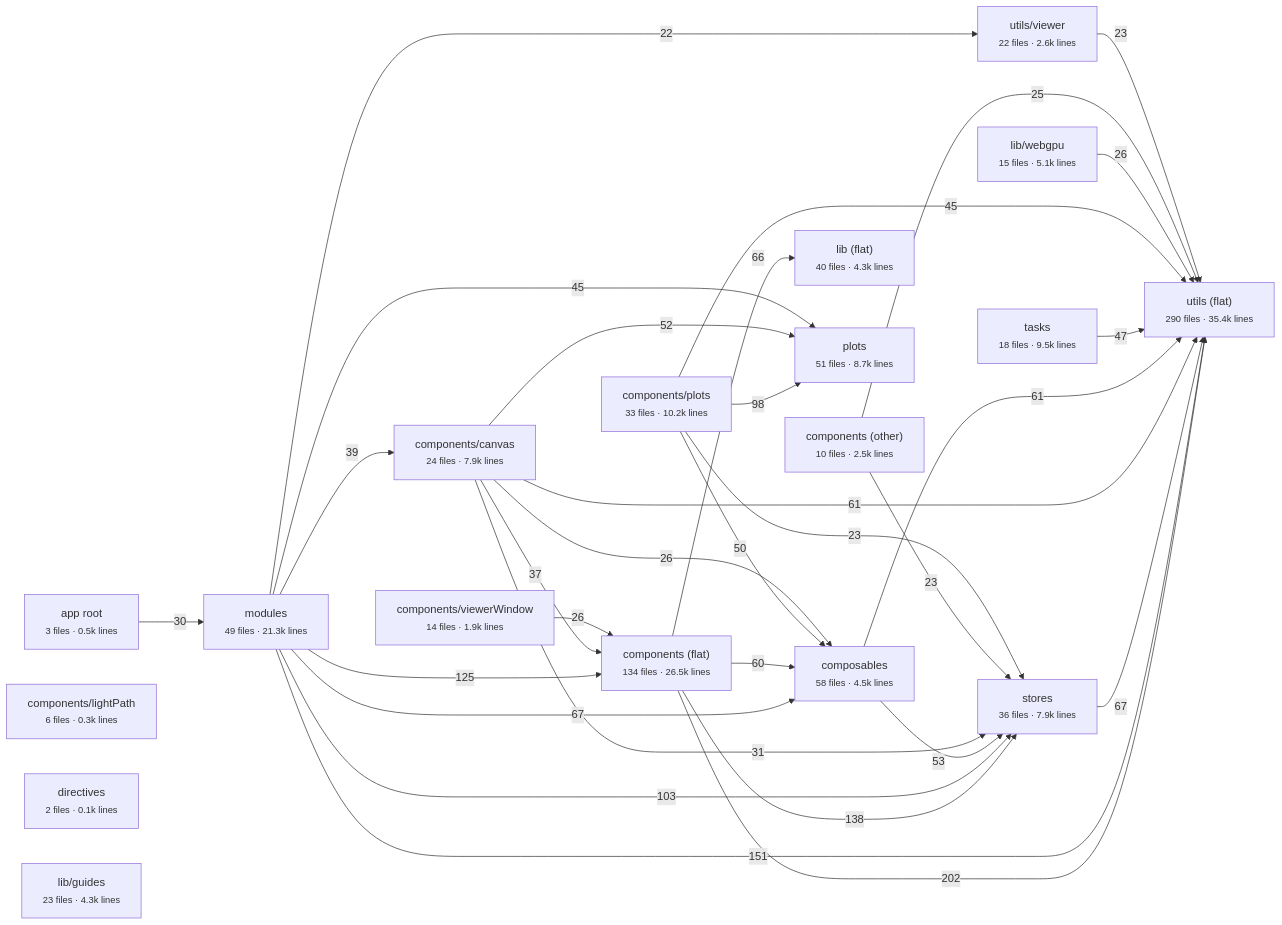
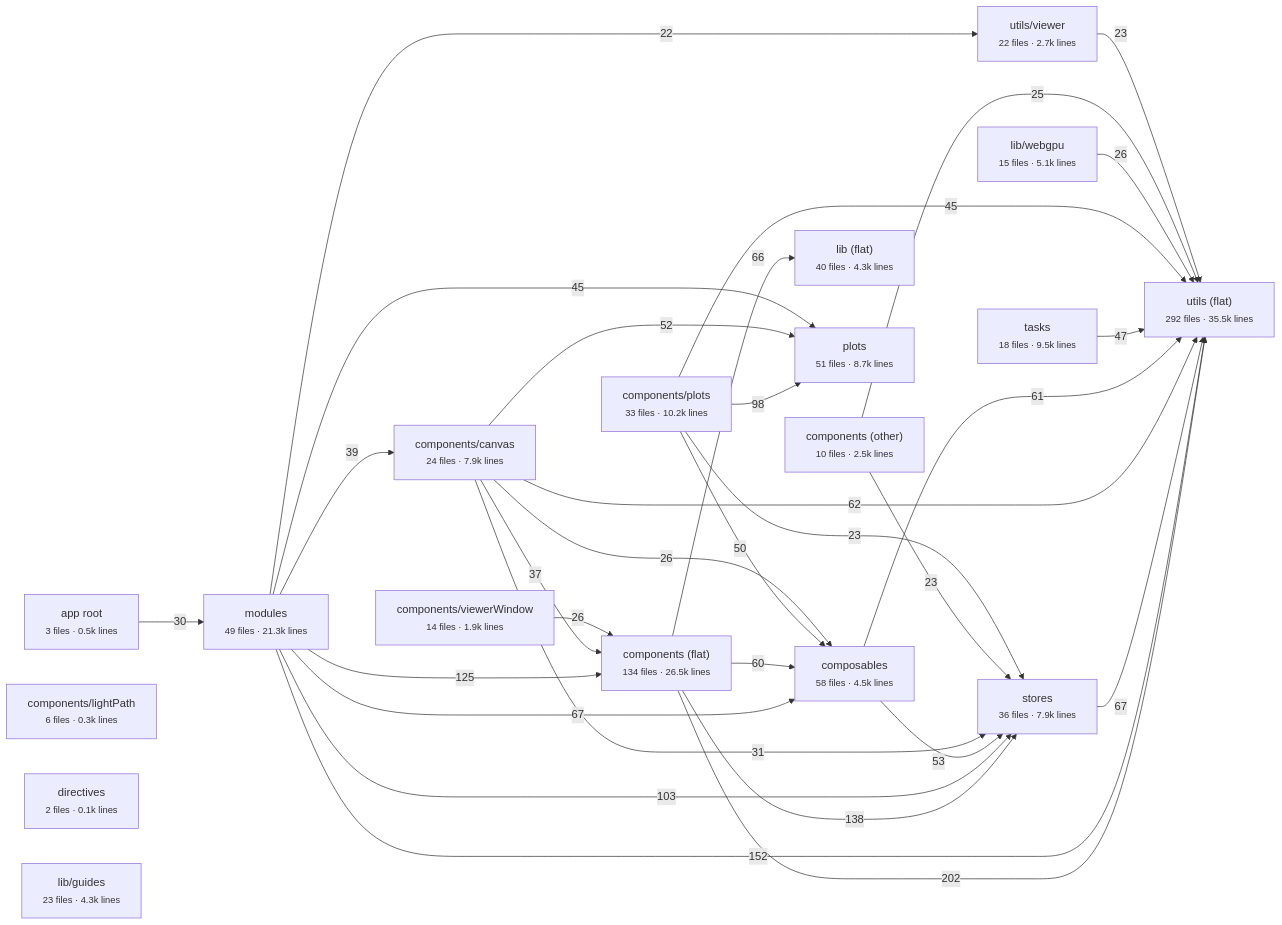
The diagram in docs/architecture/vue/layers.md (schienstockd/cecelia), drawn with Mermaid before and after one commit. The commit also changed other lines of this file and 18 other files, not shown here.

````diff
--- a/docs/architecture/vue/layers.md
+++ b/docs/architecture/vue/layers.md
@@ -10,51 +10,51 @@
 ```mermaid
 flowchart LR
   app_root["app root<br/><small>3 files · 0.5k lines</small>"]
   components__flat_["components (flat)<br/><small>134 files · 26.5k lines</small>"]
   components__other_["components (other)<br/><small>10 files · 2.5k lines</small>"]
   components_canvas["components/canvas<br/><small>24 files · 7.9k lines</small>"]
   components_lightPath["components/lightPath<br/><small>6 files · 0.3k lines</small>"]
   components_plots["components/plots<br/><small>33 files · 10.2k lines</small>"]
   components_viewerWindow["components/viewerWindow<br/><small>14 files · 1.9k lines</small>"]
   composables["composables<br/><small>58 files · 4.5k lines</small>"]
   directives["directives<br/><small>2 files · 0.1k lines</small>"]
   lib__flat_["lib (flat)<br/><small>40 files · 4.3k lines</small>"]
   lib_guides["lib/guides<br/><small>23 files · 4.3k lines</small>"]
   lib_webgpu["lib/webgpu<br/><small>15 files · 5.1k lines</small>"]
   modules["modules<br/><small>49 files · 21.3k lines</small>"]
   plots["plots<br/><small>51 files · 8.7k lines</small>"]
   stores["stores<br/><small>36 files · 7.9k lines</small>"]
   tasks["tasks<br/><small>18 files · 9.5k lines</small>"]
-  utils__flat_["utils (flat)<br/><small>290 files · 35.4k lines</small>"]
-  utils_viewer["utils/viewer<br/><small>22 files · 2.6k lines</small>"]
+  utils__flat_["utils (flat)<br/><small>292 files · 35.5k lines</small>"]
+  utils_viewer["utils/viewer<br/><small>22 files · 2.7k lines</small>"]
   components__flat_ -->|202| utils__flat_
-  modules -->|151| utils__flat_
+  modules -->|152| utils__flat_
   components__flat_ -->|138| stores
   modules -->|125| components__flat_
   modules -->|103| stores
   components_plots -->|98| plots
   modules -->|67| composables
   stores -->|67| utils__flat_
   components__flat_ -->|66| lib__flat_
-  components_canvas -->|61| utils__flat_
+  components_canvas -->|62| utils__flat_
   composables -->|61| utils__flat_
   components__flat_ -->|60| composables
   composables -->|53| stores
   components_canvas -->|52| plots
   components_plots -->|50| composables
   tasks -->|47| utils__flat_
   components_plots -->|45| utils__flat_
   modules -->|45| plots
   modules -->|39| components_canvas
   components_canvas -->|37| components__flat_
   components_canvas -->|31| stores
   app_root -->|30| modules
   components_canvas -->|26| composables
   components_viewerWindow -->|26| components__flat_
   lib_webgpu -->|26| utils__flat_
   components__other_ -->|25| utils__flat_
   components__other_ -->|23| stores
   components_plots -->|23| stores
   utils_viewer -->|23| utils__flat_
   modules -->|22| utils_viewer
 ```
````
